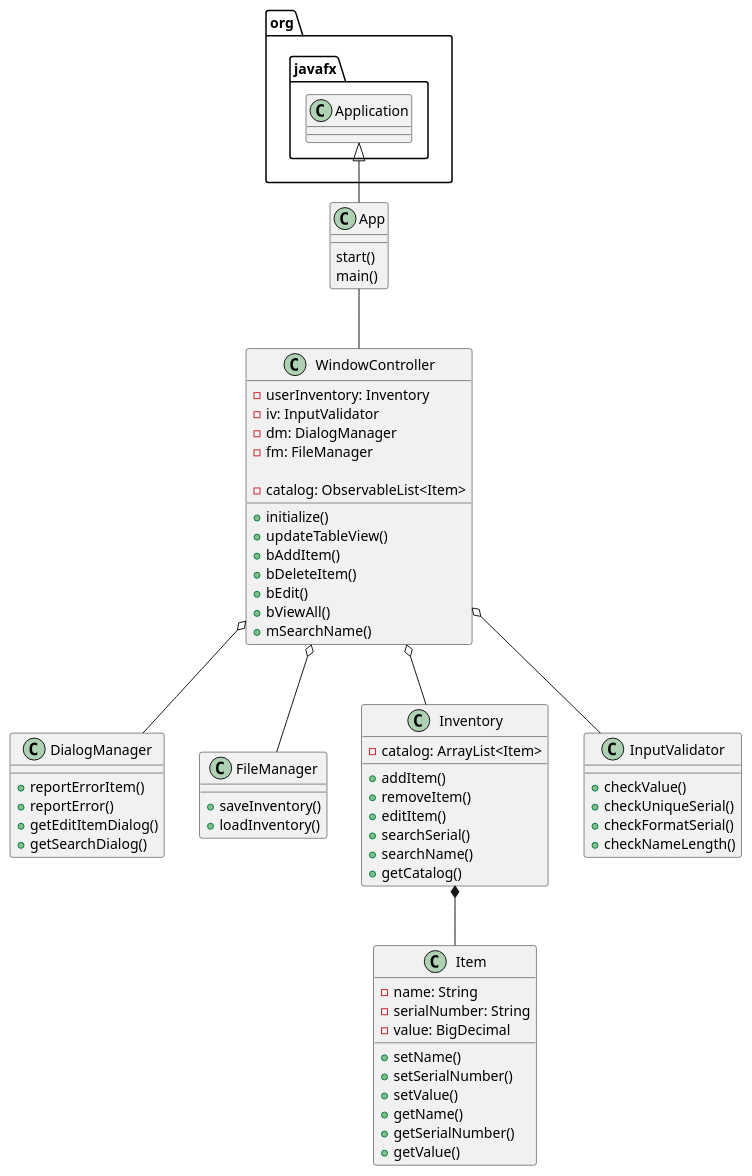
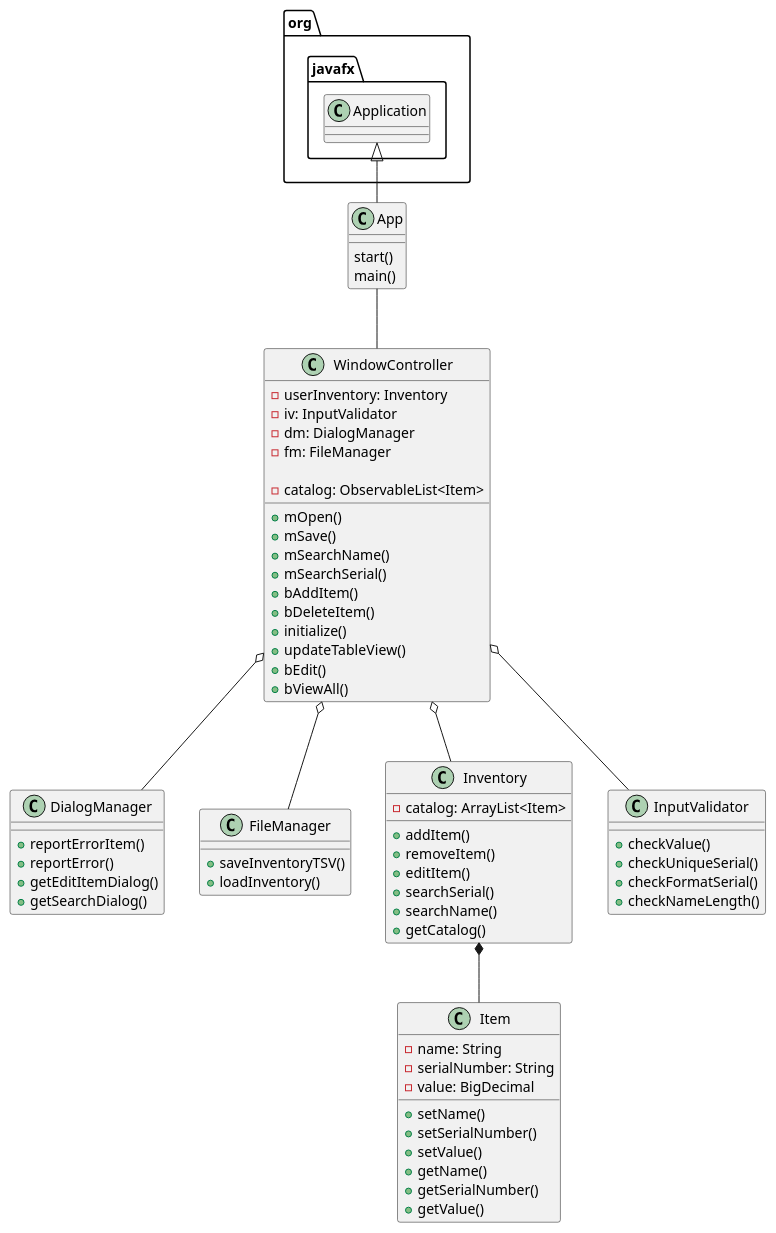
One commit to kingraham228/Ingraham-7945-a5 changed the diagram in uml/Inventory.puml. Above: the diagram before and after it, drawn with PlantUML. The commit also changed 5 other files, not shown here.

Commit message:
Save to TSV testing.

```diff
--- a/uml/Inventory.puml
+++ b/uml/Inventory.puml
@@ -1,74 +1,78 @@
 @startuml
 class App{
 start()
 main()
 }
 
 class WindowController{
 - userInventory: Inventory
 - iv: InputValidator
 - dm: DialogManager
 - fm: FileManager
 
 - catalog: ObservableList<Item>
 
++mOpen()
++mSave()
++mSearchName()
++mSearchSerial()
++bAddItem()
++bDeleteItem()
 +initialize()
 +updateTableView()
-+bAddItem()
-+bDeleteItem()
 +bEdit()
 +bViewAll()
-+mSearchName()
+
 }
 
 class DialogManager{
 +reportErrorItem()
 +reportError()
 +getEditItemDialog()
 +getSearchDialog()
 }
 
 class FileManager{
-+saveInventory()
++saveInventoryTSV()
 +loadInventory()
 }
 
 class Inventory{
 - catalog: ArrayList<Item>
 
 +addItem()
 +removeItem()
 +editItem()
 +searchSerial()
 +searchName()
 +getCatalog()
 }
 
 class Item{
 -name: String
 -serialNumber: String
 -value: BigDecimal
 
 +setName()
 +setSerialNumber()
 +setValue()
 +getName()
 +getSerialNumber()
 +getValue()
 }
 
 class InputValidator{
 + checkValue()
 + checkUniqueSerial()
 + checkFormatSerial()
 + checkNameLength()
 }
 
 org.javafx.Application <|-- App
 App -- WindowController
 WindowController o-- DialogManager
 WindowController o-- FileManager
 WindowController o-- Inventory
 Inventory *-- Item
 WindowController o-- InputValidator
 @enduml
```
